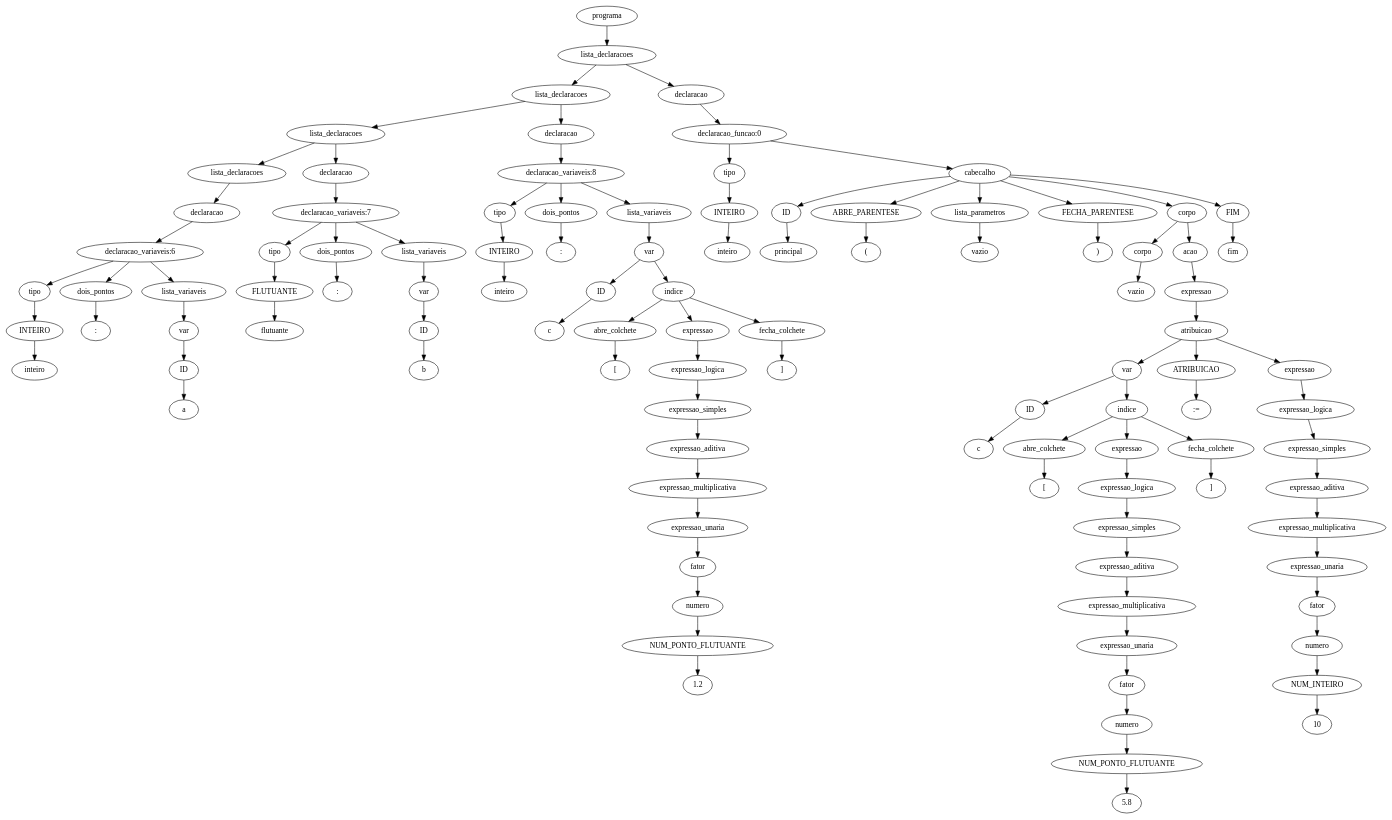
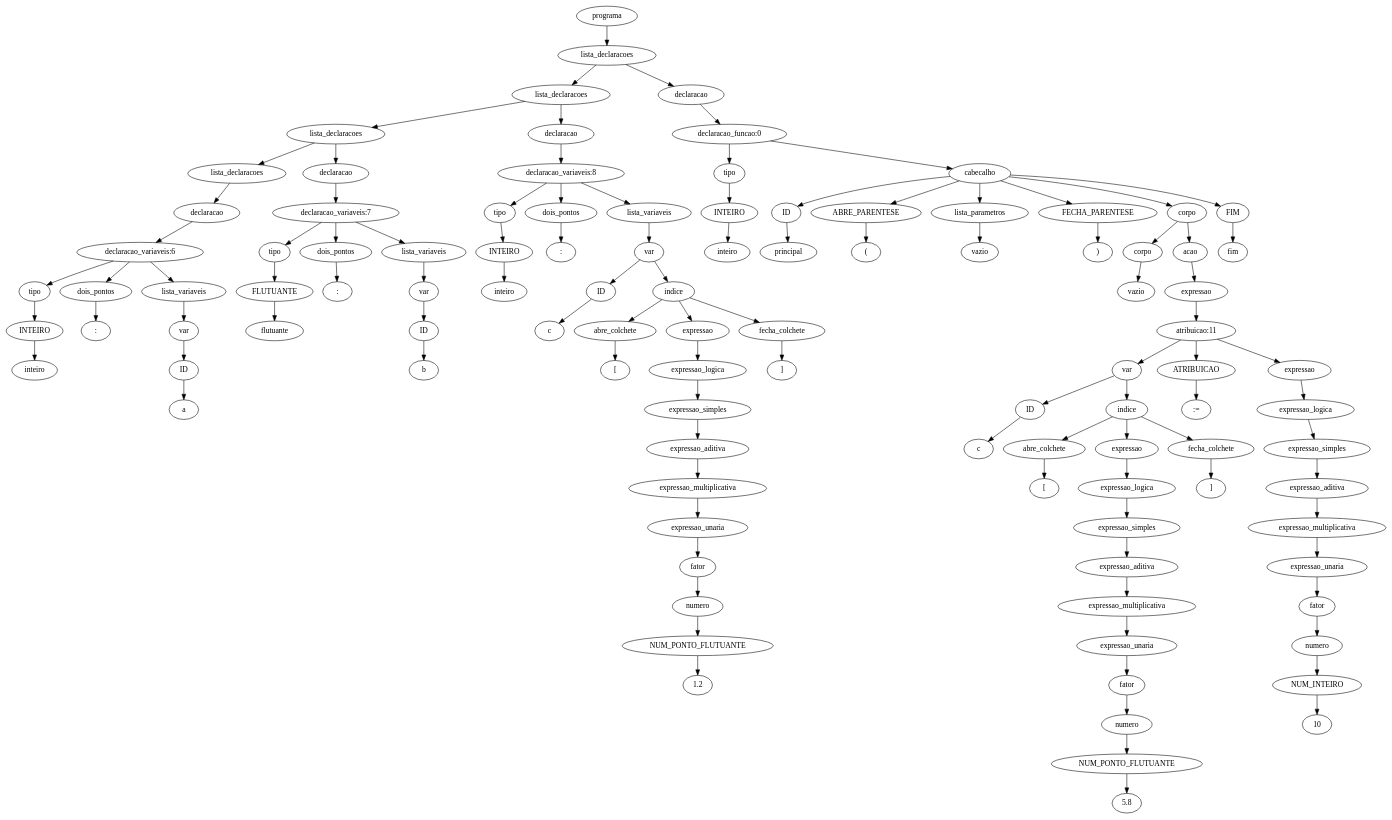
Before and after one commit to JuanFSR/Compiladores: the diagram in 7.AnaliseSemantica/implementacao/semantica-testes/sema-002.tpp.unique.ast.dot, drawn with Graphviz. The commit also changed 67 other files, not shown here.

```diff
--- a/7.AnaliseSemantica/implementacao/semantica-testes/sema-002.tpp.unique.ast.dot
+++ b/7.AnaliseSemantica/implementacao/semantica-testes/sema-002.tpp.unique.ast.dot
@@ -1,211 +1,211 @@
 digraph tree {
-    "0x7fa2aeb9d430" [label="programa"];
-    "0x7fa2aeb9d880" [label="lista_declaracoes"];
-    "0x7fa2aeb9d550" [label="lista_declaracoes"];
-    "0x7fa2aeb9d310" [label="lista_declaracoes"];
-    "0x7fa2aebec8b0" [label="lista_declaracoes"];
-    "0x7fa2aec01dc0" [label="declaracao"];
-    "0x7fa2aeb9d070" [label="declaracao_variaveis:6"];
-    "0x7fa2aec01f10" [label="tipo"];
-    "0x7fa2aec01fa0" [label="INTEIRO"];
-    "0x7fa2aec01fd0" [label="inteiro"];
-    "0x7fa2aec01f70" [label="dois_pontos"];
-    "0x7fa2aeb9d100" [label=":"];
-    "0x7fa2aeb9d040" [label="lista_variaveis"];
-    "0x7fa2cdf31e20" [label="var"];
-    "0x7fa2aee27670" [label="ID"];
-    "0x7fa2aeb9d160" [label="a"];
-    "0x7fa2aeb9d0a0" [label="declaracao"];
-    "0x7fa2aeb9d2b0" [label="declaracao_variaveis:7"];
-    "0x7fa2aeb9d220" [label="tipo"];
-    "0x7fa2aeb9d250" [label="FLUTUANTE"];
-    "0x7fa2aeb9d280" [label="flutuante"];
-    "0x7fa2aeb9d370" [label="dois_pontos"];
-    "0x7fa2aeb9d490" [label=":"];
-    "0x7fa2aeb9d2e0" [label="lista_variaveis"];
-    "0x7fa2aeb9d130" [label="var"];
-    "0x7fa2aeb9d0d0" [label="ID"];
-    "0x7fa2aeb9d3d0" [label="b"];
-    "0x7fa2aeb9d460" [label="declaracao"];
-    "0x7fa2aeb9d9a0" [label="declaracao_variaveis:8"];
-    "0x7fa2cdf31d00" [label="tipo"];
-    "0x7fa2cdf31d90" [label="INTEIRO"];
-    "0x7fa2aeb9d4c0" [label="inteiro"];
-    "0x7fa2aeb9d9d0" [label="dois_pontos"];
-    "0x7fa2aeb9d8b0" [label=":"];
-    "0x7fa2aeb9d520" [label="lista_variaveis"];
-    "0x7fa2aeb9d580" [label="var"];
-    "0x7fa2aeb9d5b0" [label="ID"];
-    "0x7fa2aeb9d7c0" [label="c"];
-    "0x7fa2aeb9d790" [label="indice"];
-    "0x7fa2aeb9d820" [label="abre_colchete"];
-    "0x7fa2aeb9d910" [label="["];
-    "0x7fa2aeb9d760" [label="expressao"];
-    "0x7fa2aeb9d730" [label="expressao_logica"];
-    "0x7fa2aeb9d6a0" [label="expressao_simples"];
-    "0x7fa2aeb9d610" [label="expressao_aditiva"];
-    "0x7fa2aeb9d700" [label="expressao_multiplicativa"];
-    "0x7fa2aeb9d4f0" [label="expressao_unaria"];
-    "0x7fa2aeb9d5e0" [label="fator"];
-    "0x7fa2aeb9d3a0" [label="numero"];
-    "0x7fa2aeb9d340" [label="NUM_PONTO_FLUTUANTE"];
-    "0x7fa2aeb9d6d0" [label="1.2"];
-    "0x7fa2aeb9d940" [label="fecha_colchete"];
-    "0x7fa2aeb9d970" [label="]"];
-    "0x7fa2aeb9d7f0" [label="declaracao"];
-    "0x7fa2aeb9d400" [label="declaracao_funcao:0"];
-    "0x7fa2aeb9d1c0" [label="tipo"];
-    "0x7fa2aeb9d1f0" [label="INTEIRO"];
-    "0x7fa2aeb9d670" [label="inteiro"];
-    "0x7fa2aeb9daf0" [label="cabecalho"];
-    "0x7fa2aeb9dc40" [label="ID"];
-    "0x7fa2aeba5130" [label="principal"];
-    "0x7fa2aeba5160" [label="ABRE_PARENTESE"];
-    "0x7fa2aeba5460" [label="("];
-    "0x7fa2aeb9db50" [label="lista_parametros"];
-    "0x7fa2aeb9d8e0" [label="vazio"];
-    "0x7fa2aeba5490" [label="FECHA_PARENTESE"];
-    "0x7fa2aeba54c0" [label=")"];
-    "0x7fa2aeba53d0" [label="corpo"];
-    "0x7fa2aeb9dc70" [label="corpo"];
-    "0x7fa2aeb9da00" [label="vazio"];
-    "0x7fa2aeba52e0" [label="acao"];
-    "0x7fa2aeb9dfd0" [label="expressao"];
-    "0x7fa2aeba5280" [label="atribuicao"];
-    "0x7fa2aeb9dcd0" [label="var"];
-    "0x7fa2aeb9dd00" [label="ID"];
-    "0x7fa2aeb9df10" [label="c"];
-    "0x7fa2aeb9dee0" [label="indice"];
-    "0x7fa2aeb9df70" [label="abre_colchete"];
-    "0x7fa2aeba50a0" [label="["];
-    "0x7fa2aeb9deb0" [label="expressao"];
-    "0x7fa2aeb9de80" [label="expressao_logica"];
-    "0x7fa2aeb9ddf0" [label="expressao_simples"];
-    "0x7fa2aeb9dd60" [label="expressao_aditiva"];
-    "0x7fa2aeb9de50" [label="expressao_multiplicativa"];
-    "0x7fa2aeb9dca0" [label="expressao_unaria"];
-    "0x7fa2aeb9dd30" [label="fator"];
-    "0x7fa2aeb9db80" [label="numero"];
-    "0x7fa2aeb9dbe0" [label="NUM_PONTO_FLUTUANTE"];
-    "0x7fa2aeb9de20" [label="5.8"];
-    "0x7fa2aeba50d0" [label="fecha_colchete"];
-    "0x7fa2aeba5100" [label="]"];
-    "0x7fa2aeba5310" [label="ATRIBUICAO"];
-    "0x7fa2aeba53a0" [label=":="];
-    "0x7fa2aeba5250" [label="expressao"];
-    "0x7fa2aeba5220" [label="expressao_logica"];
-    "0x7fa2aeba51c0" [label="expressao_simples"];
-    "0x7fa2aeb9ddc0" [label="expressao_aditiva"];
-    "0x7fa2aeba5070" [label="expressao_multiplicativa"];
-    "0x7fa2aeb9dfa0" [label="expressao_unaria"];
-    "0x7fa2aeb9dd90" [label="fator"];
-    "0x7fa2aeb9dc10" [label="numero"];
-    "0x7fa2aeb9dbb0" [label="NUM_INTEIRO"];
-    "0x7fa2aeb9df40" [label="10"];
-    "0x7fa2aeba54f0" [label="FIM"];
-    "0x7fa2aeba5520" [label="fim"];
-    "0x7fa2aeb9d430" -> "0x7fa2aeb9d880";
-    "0x7fa2aeb9d880" -> "0x7fa2aeb9d550";
-    "0x7fa2aeb9d880" -> "0x7fa2aeb9d7f0";
-    "0x7fa2aeb9d550" -> "0x7fa2aeb9d310";
-    "0x7fa2aeb9d550" -> "0x7fa2aeb9d460";
-    "0x7fa2aeb9d310" -> "0x7fa2aebec8b0";
-    "0x7fa2aeb9d310" -> "0x7fa2aeb9d0a0";
-    "0x7fa2aebec8b0" -> "0x7fa2aec01dc0";
-    "0x7fa2aec01dc0" -> "0x7fa2aeb9d070";
-    "0x7fa2aeb9d070" -> "0x7fa2aec01f10";
-    "0x7fa2aeb9d070" -> "0x7fa2aec01f70";
-    "0x7fa2aeb9d070" -> "0x7fa2aeb9d040";
-    "0x7fa2aec01f10" -> "0x7fa2aec01fa0";
-    "0x7fa2aec01fa0" -> "0x7fa2aec01fd0";
-    "0x7fa2aec01f70" -> "0x7fa2aeb9d100";
-    "0x7fa2aeb9d040" -> "0x7fa2cdf31e20";
-    "0x7fa2cdf31e20" -> "0x7fa2aee27670";
-    "0x7fa2aee27670" -> "0x7fa2aeb9d160";
-    "0x7fa2aeb9d0a0" -> "0x7fa2aeb9d2b0";
-    "0x7fa2aeb9d2b0" -> "0x7fa2aeb9d220";
-    "0x7fa2aeb9d2b0" -> "0x7fa2aeb9d370";
-    "0x7fa2aeb9d2b0" -> "0x7fa2aeb9d2e0";
-    "0x7fa2aeb9d220" -> "0x7fa2aeb9d250";
-    "0x7fa2aeb9d250" -> "0x7fa2aeb9d280";
-    "0x7fa2aeb9d370" -> "0x7fa2aeb9d490";
-    "0x7fa2aeb9d2e0" -> "0x7fa2aeb9d130";
-    "0x7fa2aeb9d130" -> "0x7fa2aeb9d0d0";
-    "0x7fa2aeb9d0d0" -> "0x7fa2aeb9d3d0";
-    "0x7fa2aeb9d460" -> "0x7fa2aeb9d9a0";
-    "0x7fa2aeb9d9a0" -> "0x7fa2cdf31d00";
-    "0x7fa2aeb9d9a0" -> "0x7fa2aeb9d9d0";
-    "0x7fa2aeb9d9a0" -> "0x7fa2aeb9d520";
-    "0x7fa2cdf31d00" -> "0x7fa2cdf31d90";
-    "0x7fa2cdf31d90" -> "0x7fa2aeb9d4c0";
-    "0x7fa2aeb9d9d0" -> "0x7fa2aeb9d8b0";
-    "0x7fa2aeb9d520" -> "0x7fa2aeb9d580";
-    "0x7fa2aeb9d580" -> "0x7fa2aeb9d5b0";
-    "0x7fa2aeb9d580" -> "0x7fa2aeb9d790";
-    "0x7fa2aeb9d5b0" -> "0x7fa2aeb9d7c0";
-    "0x7fa2aeb9d790" -> "0x7fa2aeb9d820";
-    "0x7fa2aeb9d790" -> "0x7fa2aeb9d760";
-    "0x7fa2aeb9d790" -> "0x7fa2aeb9d940";
-    "0x7fa2aeb9d820" -> "0x7fa2aeb9d910";
-    "0x7fa2aeb9d760" -> "0x7fa2aeb9d730";
-    "0x7fa2aeb9d730" -> "0x7fa2aeb9d6a0";
-    "0x7fa2aeb9d6a0" -> "0x7fa2aeb9d610";
-    "0x7fa2aeb9d610" -> "0x7fa2aeb9d700";
-    "0x7fa2aeb9d700" -> "0x7fa2aeb9d4f0";
-    "0x7fa2aeb9d4f0" -> "0x7fa2aeb9d5e0";
-    "0x7fa2aeb9d5e0" -> "0x7fa2aeb9d3a0";
-    "0x7fa2aeb9d3a0" -> "0x7fa2aeb9d340";
-    "0x7fa2aeb9d340" -> "0x7fa2aeb9d6d0";
-    "0x7fa2aeb9d940" -> "0x7fa2aeb9d970";
-    "0x7fa2aeb9d7f0" -> "0x7fa2aeb9d400";
-    "0x7fa2aeb9d400" -> "0x7fa2aeb9d1c0";
-    "0x7fa2aeb9d400" -> "0x7fa2aeb9daf0";
-    "0x7fa2aeb9d1c0" -> "0x7fa2aeb9d1f0";
-    "0x7fa2aeb9d1f0" -> "0x7fa2aeb9d670";
-    "0x7fa2aeb9daf0" -> "0x7fa2aeb9dc40";
-    "0x7fa2aeb9daf0" -> "0x7fa2aeba5160";
-    "0x7fa2aeb9daf0" -> "0x7fa2aeb9db50";
-    "0x7fa2aeb9daf0" -> "0x7fa2aeba5490";
-    "0x7fa2aeb9daf0" -> "0x7fa2aeba53d0";
-    "0x7fa2aeb9daf0" -> "0x7fa2aeba54f0";
-    "0x7fa2aeb9dc40" -> "0x7fa2aeba5130";
-    "0x7fa2aeba5160" -> "0x7fa2aeba5460";
-    "0x7fa2aeb9db50" -> "0x7fa2aeb9d8e0";
-    "0x7fa2aeba5490" -> "0x7fa2aeba54c0";
-    "0x7fa2aeba53d0" -> "0x7fa2aeb9dc70";
-    "0x7fa2aeba53d0" -> "0x7fa2aeba52e0";
-    "0x7fa2aeb9dc70" -> "0x7fa2aeb9da00";
-    "0x7fa2aeba52e0" -> "0x7fa2aeb9dfd0";
-    "0x7fa2aeb9dfd0" -> "0x7fa2aeba5280";
-    "0x7fa2aeba5280" -> "0x7fa2aeb9dcd0";
-    "0x7fa2aeba5280" -> "0x7fa2aeba5310";
-    "0x7fa2aeba5280" -> "0x7fa2aeba5250";
-    "0x7fa2aeb9dcd0" -> "0x7fa2aeb9dd00";
-    "0x7fa2aeb9dcd0" -> "0x7fa2aeb9dee0";
-    "0x7fa2aeb9dd00" -> "0x7fa2aeb9df10";
-    "0x7fa2aeb9dee0" -> "0x7fa2aeb9df70";
-    "0x7fa2aeb9dee0" -> "0x7fa2aeb9deb0";
-    "0x7fa2aeb9dee0" -> "0x7fa2aeba50d0";
-    "0x7fa2aeb9df70" -> "0x7fa2aeba50a0";
-    "0x7fa2aeb9deb0" -> "0x7fa2aeb9de80";
-    "0x7fa2aeb9de80" -> "0x7fa2aeb9ddf0";
-    "0x7fa2aeb9ddf0" -> "0x7fa2aeb9dd60";
-    "0x7fa2aeb9dd60" -> "0x7fa2aeb9de50";
-    "0x7fa2aeb9de50" -> "0x7fa2aeb9dca0";
-    "0x7fa2aeb9dca0" -> "0x7fa2aeb9dd30";
-    "0x7fa2aeb9dd30" -> "0x7fa2aeb9db80";
-    "0x7fa2aeb9db80" -> "0x7fa2aeb9dbe0";
-    "0x7fa2aeb9dbe0" -> "0x7fa2aeb9de20";
-    "0x7fa2aeba50d0" -> "0x7fa2aeba5100";
-    "0x7fa2aeba5310" -> "0x7fa2aeba53a0";
-    "0x7fa2aeba5250" -> "0x7fa2aeba5220";
-    "0x7fa2aeba5220" -> "0x7fa2aeba51c0";
-    "0x7fa2aeba51c0" -> "0x7fa2aeb9ddc0";
-    "0x7fa2aeb9ddc0" -> "0x7fa2aeba5070";
-    "0x7fa2aeba5070" -> "0x7fa2aeb9dfa0";
-    "0x7fa2aeb9dfa0" -> "0x7fa2aeb9dd90";
-    "0x7fa2aeb9dd90" -> "0x7fa2aeb9dc10";
-    "0x7fa2aeb9dc10" -> "0x7fa2aeb9dbb0";
-    "0x7fa2aeb9dbb0" -> "0x7fa2aeb9df40";
-    "0x7fa2aeba54f0" -> "0x7fa2aeba5520";
+    "0x7fad521a8520" [label="programa"];
+    "0x7fad521a8e80" [label="lista_declaracoes"];
+    "0x7fad521a8d30" [label="lista_declaracoes"];
+    "0x7fad521a8640" [label="lista_declaracoes"];
+    "0x7fad521a8430" [label="lista_declaracoes"];
+    "0x7fad5217d910" [label="declaracao"];
+    "0x7fad521a83a0" [label="declaracao_variaveis:6"];
+    "0x7fad521a8310" [label="tipo"];
+    "0x7fad521a8370" [label="INTEIRO"];
+    "0x7fad521a83d0" [label="inteiro"];
+    "0x7fad521a8490" [label="dois_pontos"];
+    "0x7fad521a8340" [label=":"];
+    "0x7fad521a8400" [label="lista_variaveis"];
+    "0x7fad53fc8880" [label="var"];
+    "0x7fad53fc8b50" [label="ID"];
+    "0x7fad521a84f0" [label="a"];
+    "0x7fad521a8580" [label="declaracao"];
+    "0x7fad521a8700" [label="declaracao_variaveis:7"];
+    "0x7fad521a85b0" [label="tipo"];
+    "0x7fad521a85e0" [label="FLUTUANTE"];
+    "0x7fad521a8610" [label="flutuante"];
+    "0x7fad521a8820" [label="dois_pontos"];
+    "0x7fad521a8850" [label=":"];
+    "0x7fad521a8670" [label="lista_variaveis"];
+    "0x7fad521a84c0" [label="var"];
+    "0x7fad521a8460" [label="ID"];
+    "0x7fad521a8760" [label="b"];
+    "0x7fad521a8880" [label="declaracao"];
+    "0x7fad521a8d60" [label="declaracao_variaveis:8"];
+    "0x7fad53fc8a90" [label="tipo"];
+    "0x7fad53fc8850" [label="INTEIRO"];
+    "0x7fad521a88b0" [label="inteiro"];
+    "0x7fad521a8c40" [label="dois_pontos"];
+    "0x7fad521a8a00" [label=":"];
+    "0x7fad521a8790" [label="lista_variaveis"];
+    "0x7fad521a8910" [label="var"];
+    "0x7fad521a8940" [label="ID"];
+    "0x7fad521a8b50" [label="c"];
+    "0x7fad521a8b20" [label="indice"];
+    "0x7fad521a8bb0" [label="abre_colchete"];
+    "0x7fad521a8ca0" [label="["];
+    "0x7fad521a8af0" [label="expressao"];
+    "0x7fad521a8ac0" [label="expressao_logica"];
+    "0x7fad521a8a30" [label="expressao_simples"];
+    "0x7fad521a89a0" [label="expressao_aditiva"];
+    "0x7fad521a8a90" [label="expressao_multiplicativa"];
+    "0x7fad521a88e0" [label="expressao_unaria"];
+    "0x7fad521a8970" [label="fator"];
+    "0x7fad521a8730" [label="numero"];
+    "0x7fad521a86d0" [label="NUM_PONTO_FLUTUANTE"];
+    "0x7fad521a8a60" [label="1.2"];
+    "0x7fad521a8cd0" [label="fecha_colchete"];
+    "0x7fad521a8d00" [label="]"];
+    "0x7fad521a8d90" [label="declaracao"];
+    "0x7fad521a87c0" [label="declaracao_funcao:0"];
+    "0x7fad521a8550" [label="tipo"];
+    "0x7fad521a8190" [label="INTEIRO"];
+    "0x7fad521a8dc0" [label="inteiro"];
+    "0x7fad521a8fd0" [label="cabecalho"];
+    "0x7fad521394f0" [label="ID"];
+    "0x7fad521393a0" [label="principal"];
+    "0x7fad521397f0" [label="ABRE_PARENTESE"];
+    "0x7fad52139820" [label="("];
+    "0x7fad521a8ee0" [label="lista_parametros"];
+    "0x7fad521a8c70" [label="vazio"];
+    "0x7fad52139850" [label="FECHA_PARENTESE"];
+    "0x7fad52139880" [label=")"];
+    "0x7fad52139760" [label="corpo"];
+    "0x7fad52139040" [label="corpo"];
+    "0x7fad521a8df0" [label="vazio"];
+    "0x7fad52139670" [label="acao"];
+    "0x7fad521394c0" [label="expressao"];
+    "0x7fad52139610" [label="atribuicao:11"];
+    "0x7fad521390a0" [label="var"];
+    "0x7fad521390d0" [label="ID"];
+    "0x7fad521392e0" [label="c"];
+    "0x7fad521392b0" [label="indice"];
+    "0x7fad52139340" [label="abre_colchete"];
+    "0x7fad52139430" [label="["];
+    "0x7fad52139280" [label="expressao"];
+    "0x7fad52139250" [label="expressao_logica"];
+    "0x7fad521391c0" [label="expressao_simples"];
+    "0x7fad52139130" [label="expressao_aditiva"];
+    "0x7fad52139220" [label="expressao_multiplicativa"];
+    "0x7fad52139070" [label="expressao_unaria"];
+    "0x7fad52139100" [label="fator"];
+    "0x7fad521a8f10" [label="numero"];
+    "0x7fad521a8f70" [label="NUM_PONTO_FLUTUANTE"];
+    "0x7fad521391f0" [label="5.8"];
+    "0x7fad52139460" [label="fecha_colchete"];
+    "0x7fad52139490" [label="]"];
+    "0x7fad521396a0" [label="ATRIBUICAO"];
+    "0x7fad52139730" [label=":="];
+    "0x7fad521395e0" [label="expressao"];
+    "0x7fad521395b0" [label="expressao_logica"];
+    "0x7fad52139550" [label="expressao_simples"];
+    "0x7fad52139190" [label="expressao_aditiva"];
+    "0x7fad52139400" [label="expressao_multiplicativa"];
+    "0x7fad52139370" [label="expressao_unaria"];
+    "0x7fad52139160" [label="fator"];
+    "0x7fad521a8fa0" [label="numero"];
+    "0x7fad521a8f40" [label="NUM_INTEIRO"];
+    "0x7fad52139310" [label="10"];
+    "0x7fad521398b0" [label="FIM"];
+    "0x7fad521398e0" [label="fim"];
+    "0x7fad521a8520" -> "0x7fad521a8e80";
+    "0x7fad521a8e80" -> "0x7fad521a8d30";
+    "0x7fad521a8e80" -> "0x7fad521a8d90";
+    "0x7fad521a8d30" -> "0x7fad521a8640";
+    "0x7fad521a8d30" -> "0x7fad521a8880";
+    "0x7fad521a8640" -> "0x7fad521a8430";
+    "0x7fad521a8640" -> "0x7fad521a8580";
+    "0x7fad521a8430" -> "0x7fad5217d910";
+    "0x7fad5217d910" -> "0x7fad521a83a0";
+    "0x7fad521a83a0" -> "0x7fad521a8310";
+    "0x7fad521a83a0" -> "0x7fad521a8490";
+    "0x7fad521a83a0" -> "0x7fad521a8400";
+    "0x7fad521a8310" -> "0x7fad521a8370";
+    "0x7fad521a8370" -> "0x7fad521a83d0";
+    "0x7fad521a8490" -> "0x7fad521a8340";
+    "0x7fad521a8400" -> "0x7fad53fc8880";
+    "0x7fad53fc8880" -> "0x7fad53fc8b50";
+    "0x7fad53fc8b50" -> "0x7fad521a84f0";
+    "0x7fad521a8580" -> "0x7fad521a8700";
+    "0x7fad521a8700" -> "0x7fad521a85b0";
+    "0x7fad521a8700" -> "0x7fad521a8820";
+    "0x7fad521a8700" -> "0x7fad521a8670";
+    "0x7fad521a85b0" -> "0x7fad521a85e0";
+    "0x7fad521a85e0" -> "0x7fad521a8610";
+    "0x7fad521a8820" -> "0x7fad521a8850";
+    "0x7fad521a8670" -> "0x7fad521a84c0";
+    "0x7fad521a84c0" -> "0x7fad521a8460";
+    "0x7fad521a8460" -> "0x7fad521a8760";
+    "0x7fad521a8880" -> "0x7fad521a8d60";
+    "0x7fad521a8d60" -> "0x7fad53fc8a90";
+    "0x7fad521a8d60" -> "0x7fad521a8c40";
+    "0x7fad521a8d60" -> "0x7fad521a8790";
+    "0x7fad53fc8a90" -> "0x7fad53fc8850";
+    "0x7fad53fc8850" -> "0x7fad521a88b0";
+    "0x7fad521a8c40" -> "0x7fad521a8a00";
+    "0x7fad521a8790" -> "0x7fad521a8910";
+    "0x7fad521a8910" -> "0x7fad521a8940";
+    "0x7fad521a8910" -> "0x7fad521a8b20";
+    "0x7fad521a8940" -> "0x7fad521a8b50";
+    "0x7fad521a8b20" -> "0x7fad521a8bb0";
+    "0x7fad521a8b20" -> "0x7fad521a8af0";
+    "0x7fad521a8b20" -> "0x7fad521a8cd0";
+    "0x7fad521a8bb0" -> "0x7fad521a8ca0";
+    "0x7fad521a8af0" -> "0x7fad521a8ac0";
+    "0x7fad521a8ac0" -> "0x7fad521a8a30";
+    "0x7fad521a8a30" -> "0x7fad521a89a0";
+    "0x7fad521a89a0" -> "0x7fad521a8a90";
+    "0x7fad521a8a90" -> "0x7fad521a88e0";
+    "0x7fad521a88e0" -> "0x7fad521a8970";
+    "0x7fad521a8970" -> "0x7fad521a8730";
+    "0x7fad521a8730" -> "0x7fad521a86d0";
+    "0x7fad521a86d0" -> "0x7fad521a8a60";
+    "0x7fad521a8cd0" -> "0x7fad521a8d00";
+    "0x7fad521a8d90" -> "0x7fad521a87c0";
+    "0x7fad521a87c0" -> "0x7fad521a8550";
+    "0x7fad521a87c0" -> "0x7fad521a8fd0";
+    "0x7fad521a8550" -> "0x7fad521a8190";
+    "0x7fad521a8190" -> "0x7fad521a8dc0";
+    "0x7fad521a8fd0" -> "0x7fad521394f0";
+    "0x7fad521a8fd0" -> "0x7fad521397f0";
+    "0x7fad521a8fd0" -> "0x7fad521a8ee0";
+    "0x7fad521a8fd0" -> "0x7fad52139850";
+    "0x7fad521a8fd0" -> "0x7fad52139760";
+    "0x7fad521a8fd0" -> "0x7fad521398b0";
+    "0x7fad521394f0" -> "0x7fad521393a0";
+    "0x7fad521397f0" -> "0x7fad52139820";
+    "0x7fad521a8ee0" -> "0x7fad521a8c70";
+    "0x7fad52139850" -> "0x7fad52139880";
+    "0x7fad52139760" -> "0x7fad52139040";
+    "0x7fad52139760" -> "0x7fad52139670";
+    "0x7fad52139040" -> "0x7fad521a8df0";
+    "0x7fad52139670" -> "0x7fad521394c0";
+    "0x7fad521394c0" -> "0x7fad52139610";
+    "0x7fad52139610" -> "0x7fad521390a0";
+    "0x7fad52139610" -> "0x7fad521396a0";
+    "0x7fad52139610" -> "0x7fad521395e0";
+    "0x7fad521390a0" -> "0x7fad521390d0";
+    "0x7fad521390a0" -> "0x7fad521392b0";
+    "0x7fad521390d0" -> "0x7fad521392e0";
+    "0x7fad521392b0" -> "0x7fad52139340";
+    "0x7fad521392b0" -> "0x7fad52139280";
+    "0x7fad521392b0" -> "0x7fad52139460";
+    "0x7fad52139340" -> "0x7fad52139430";
+    "0x7fad52139280" -> "0x7fad52139250";
+    "0x7fad52139250" -> "0x7fad521391c0";
+    "0x7fad521391c0" -> "0x7fad52139130";
+    "0x7fad52139130" -> "0x7fad52139220";
+    "0x7fad52139220" -> "0x7fad52139070";
+    "0x7fad52139070" -> "0x7fad52139100";
+    "0x7fad52139100" -> "0x7fad521a8f10";
+    "0x7fad521a8f10" -> "0x7fad521a8f70";
+    "0x7fad521a8f70" -> "0x7fad521391f0";
+    "0x7fad52139460" -> "0x7fad52139490";
+    "0x7fad521396a0" -> "0x7fad52139730";
+    "0x7fad521395e0" -> "0x7fad521395b0";
+    "0x7fad521395b0" -> "0x7fad52139550";
+    "0x7fad52139550" -> "0x7fad52139190";
+    "0x7fad52139190" -> "0x7fad52139400";
+    "0x7fad52139400" -> "0x7fad52139370";
+    "0x7fad52139370" -> "0x7fad52139160";
+    "0x7fad52139160" -> "0x7fad521a8fa0";
+    "0x7fad521a8fa0" -> "0x7fad521a8f40";
+    "0x7fad521a8f40" -> "0x7fad52139310";
+    "0x7fad521398b0" -> "0x7fad521398e0";
 }
```
